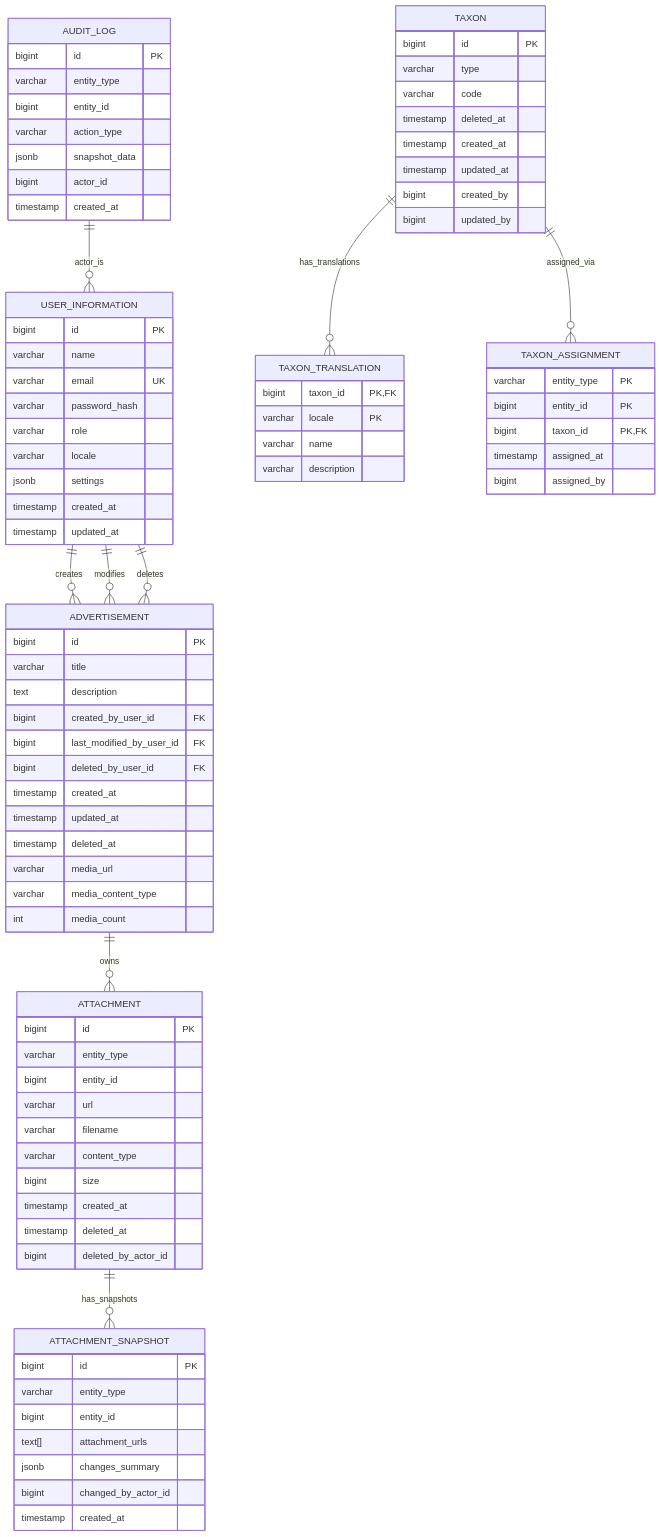
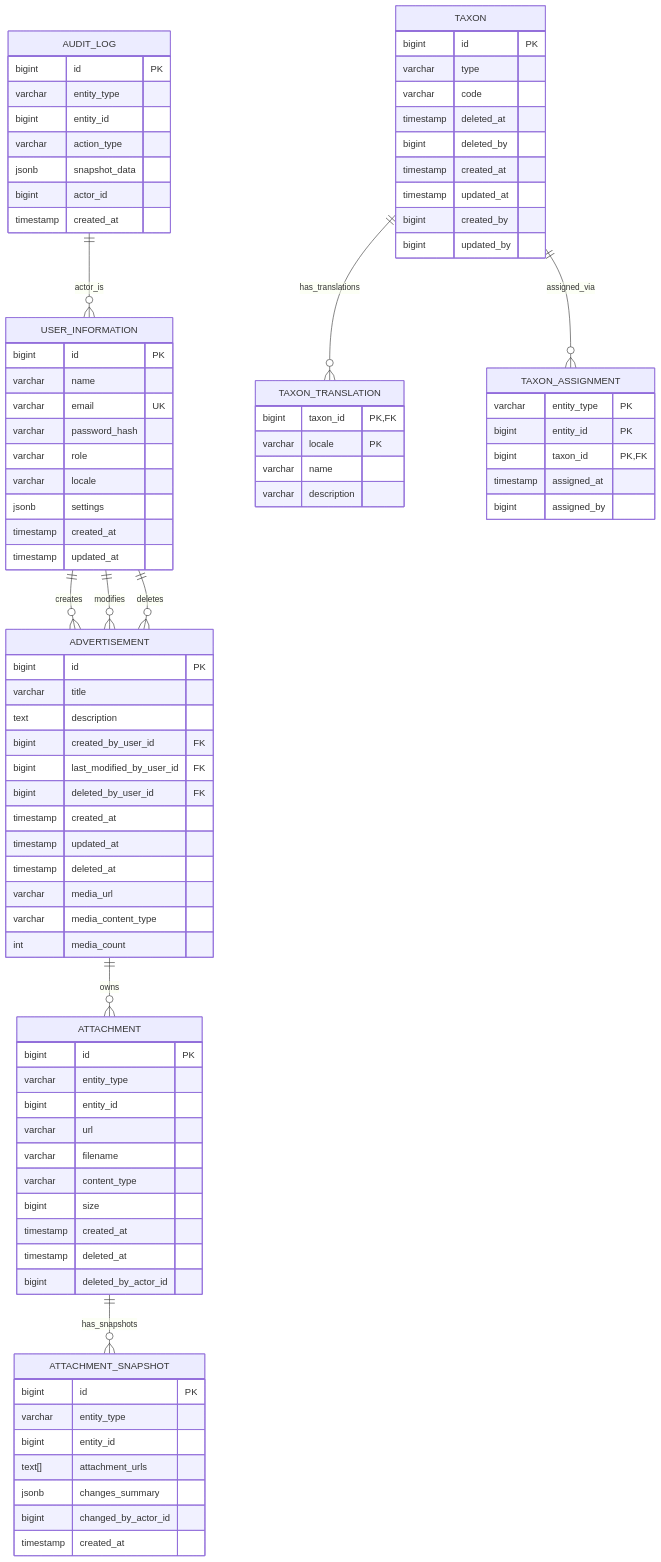
The diagram in docs/architecture/04-database-erd.md (OstMutant/Advertisement), drawn with Mermaid before and after one commit. The commit also changed other lines of this file and 16 other files, not shown here.

```diff
--- a/docs/architecture/04-database-erd.md
+++ b/docs/architecture/04-database-erd.md
@@ -73,6 +73,7 @@
         varchar type
         varchar code
         timestamp deleted_at
+        bigint deleted_by
         timestamp created_at
         timestamp updated_at
         bigint created_by
```
